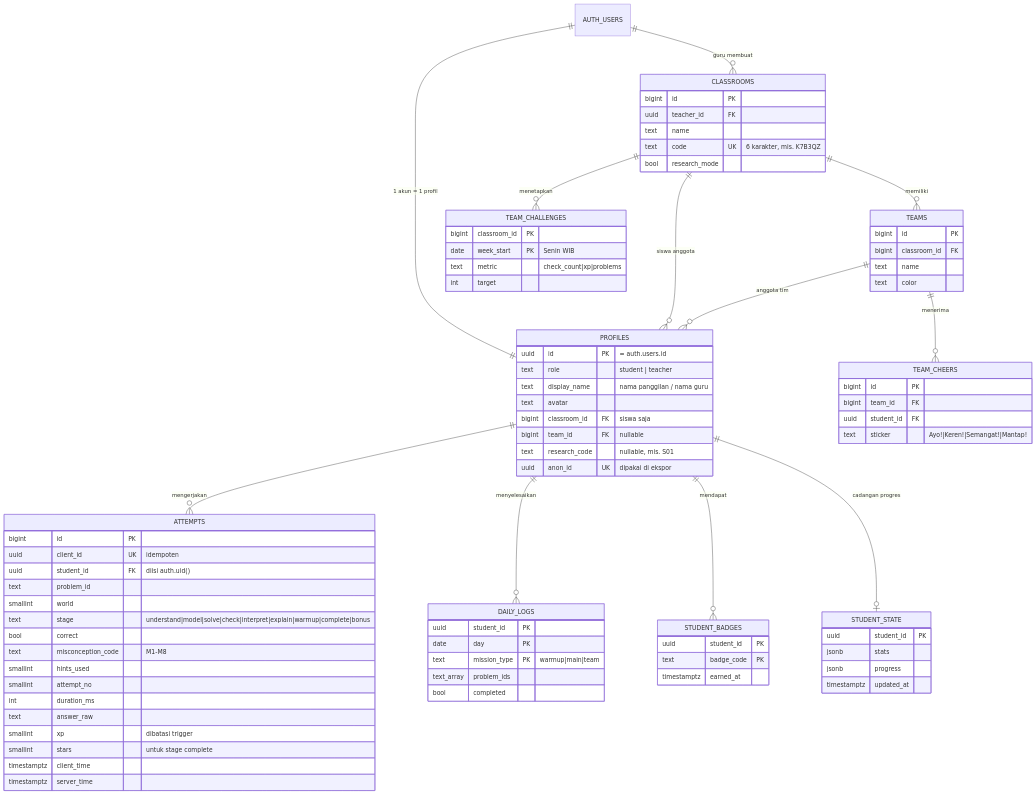
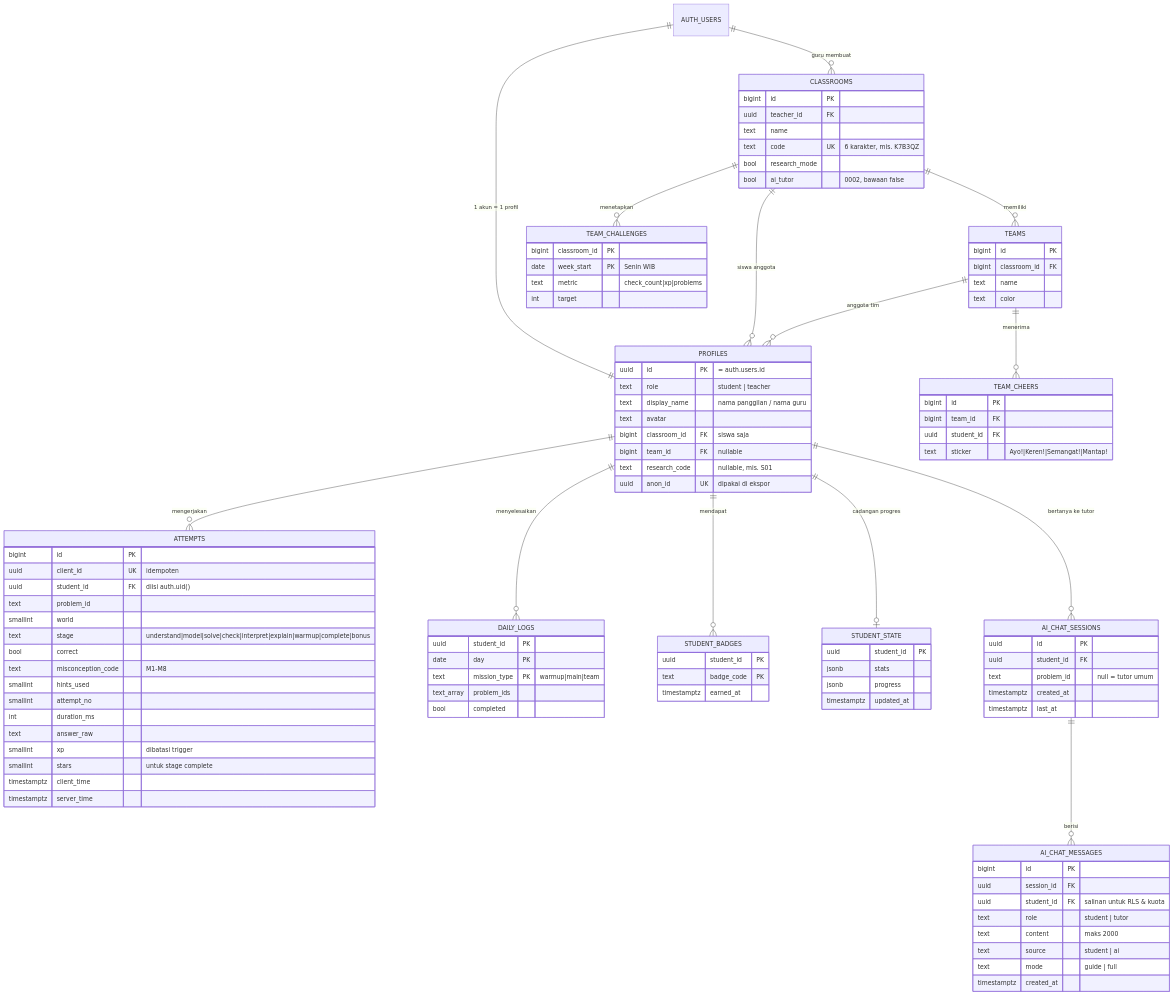
One commit to auliasifamaulanirahayu/2225250008_Aulia-Sifa-Maulani-Rahayu changed the diagram in docs/DATA_MODEL.md. Above: the diagram before and after it, drawn with Mermaid. The commit also changed other lines of this file and 62 other files, not shown here.

Commit message:
AI Math Tutor: Edge Function Gemini, tutor bawaan, kendali guru

````diff
--- a/docs/DATA_MODEL.md
+++ b/docs/DATA_MODEL.md
@@ -19,6 +40,8 @@
     PROFILES ||--o| STUDENT_STATE : "cadangan progres"
     CLASSROOMS ||--o{ TEAM_CHALLENGES : menetapkan
     TEAMS ||--o{ TEAM_CHEERS : menerima
+    PROFILES ||--o{ AI_CHAT_SESSIONS : "bertanya ke tutor"
+    AI_CHAT_SESSIONS ||--o{ AI_CHAT_MESSAGES : berisi
 
     PROFILES {
         uuid id PK "= auth.users.id"
@@ -36,6 +59,7 @@
         text name
         text code UK "6 karakter, mis. K7B3QZ"
         bool research_mode
+        bool ai_tutor "0002, bawaan false"
     }
     TEAMS {
         bigint id PK
@@ -91,4 +115,21 @@
         uuid student_id FK
         text sticker "Ayo!|Keren!|Semangat!|Mantap!"
     }
+    AI_CHAT_SESSIONS {
+        uuid id PK
+        uuid student_id FK
+        text problem_id "null = tutor umum"
+        timestamptz created_at
+        timestamptz last_at
+    }
+    AI_CHAT_MESSAGES {
+        bigint id PK
+        uuid session_id FK
+        uuid student_id FK "salinan untuk RLS & kuota"
+        text role "student | tutor"
+        text content "maks 2000"
+        text source "student | ai"
+        text mode "guide | full"
+        timestamptz created_at
+    }
 ```
````
